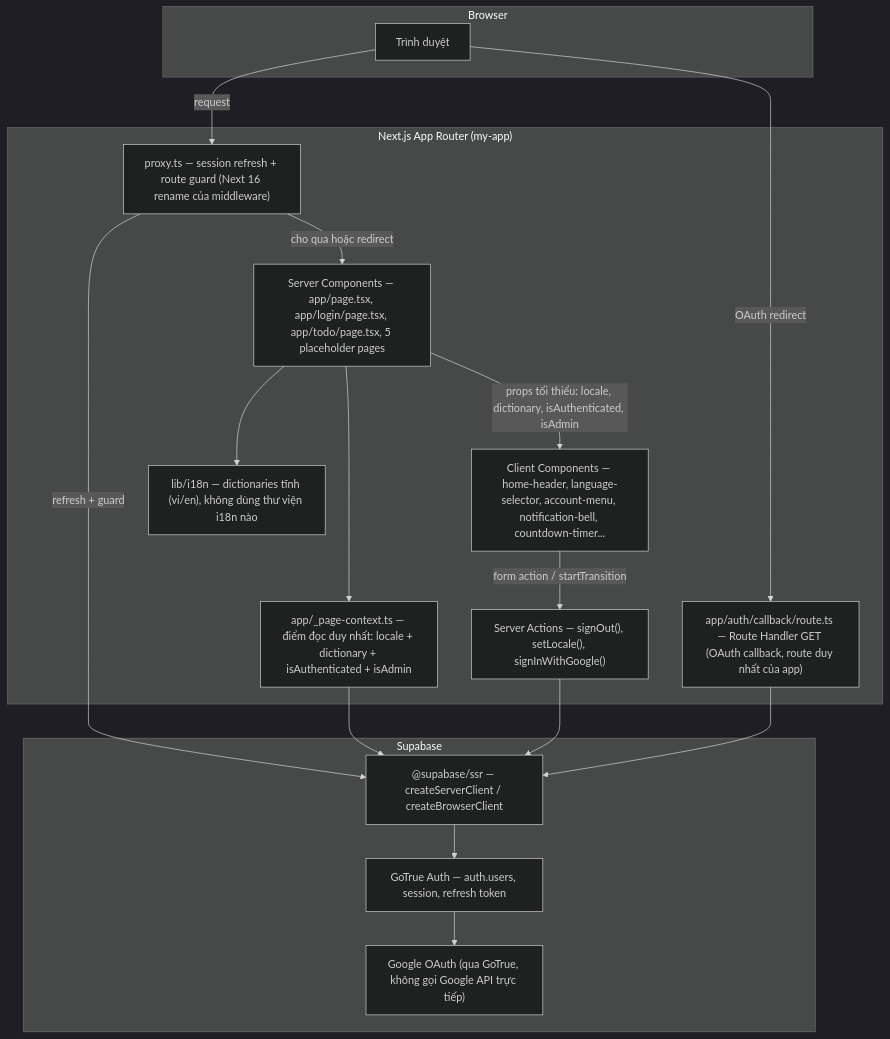
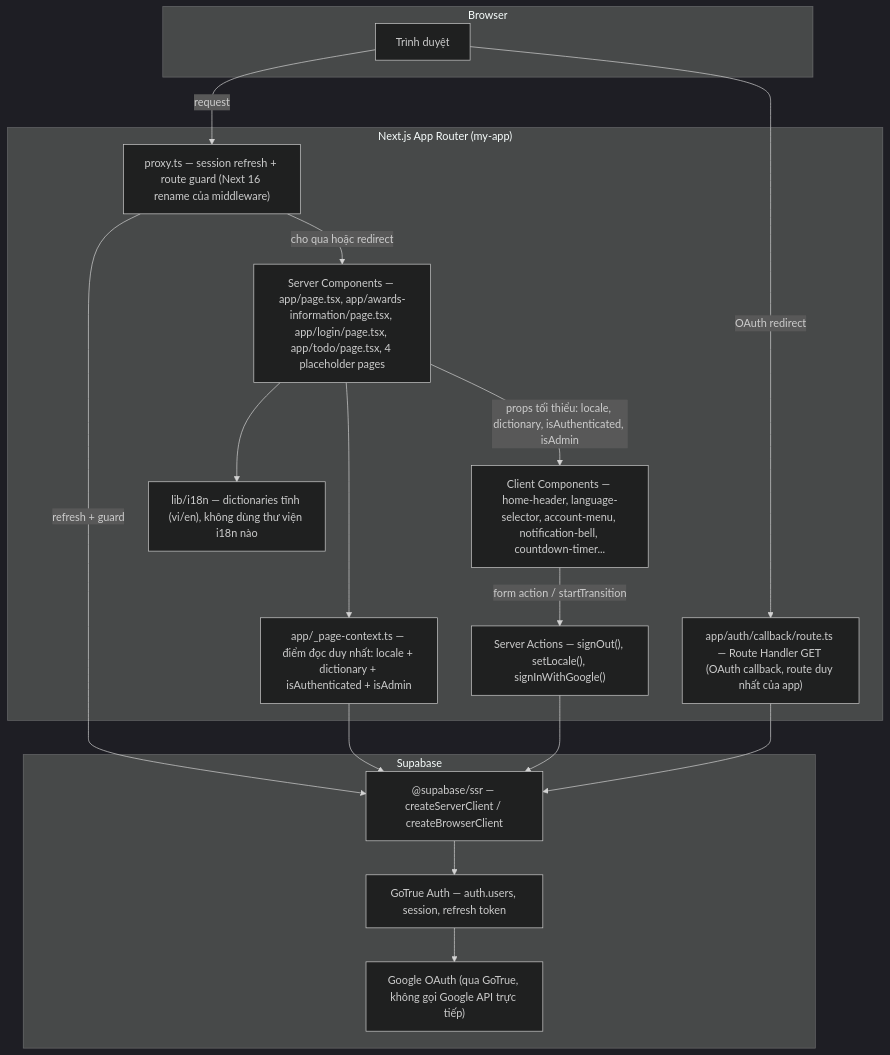
The first of 2 diagrams in docs/system/architecture.md (dungnv-2032/agentic-coding-hands-on), drawn with Mermaid (dark theme) before and after one commit. The commit also changed 23 other files, not shown here.

````diff
--- a/docs/system/architecture.md
+++ b/docs/system/architecture.md
@@ -11,34 +11,34 @@
 ```mermaid
 graph TB
     subgraph Browser
         BR[Trình duyệt]
     end
     subgraph "Next.js App Router (my-app)"
         PX["proxy.ts — session refresh + route guard (Next 16 rename của middleware)"]
         PC["app/_page-context.ts — điểm đọc duy nhất: locale + dictionary + isAuthenticated + isAdmin"]
-        SC["Server Components — app/page.tsx, app/login/page.tsx, app/todo/page.tsx, 5 placeholder pages"]
+        SC["Server Components — app/page.tsx, app/awards-information/page.tsx, app/login/page.tsx, app/todo/page.tsx, 4 placeholder pages"]
         SA["Server Actions — signOut(), setLocale(), signInWithGoogle()"]
         CB["app/auth/callback/route.ts — Route Handler GET (OAuth callback, route duy nhất của app)"]
         CC["Client Components — home-header, language-selector, account-menu, notification-bell, countdown-timer..."]
         DICT["lib/i18n — dictionaries tĩnh (vi/en), không dùng thư viện i18n nào"]
     end
     subgraph Supabase
         SSR["@supabase/ssr — createServerClient / createBrowserClient"]
         AUTH["GoTrue Auth — auth.users, session, refresh token"]
         GOOGLE["Google OAuth (qua GoTrue, không gọi Google API trực tiếp)"]
     end
 
     BR -->|request| PX
     PX -->|refresh + guard| SSR
     PX -->|cho qua hoặc redirect| SC
     SC --> PC
     PC --> SSR
     SC --> DICT
     SC -->|props tối thiểu: locale, dictionary, isAuthenticated, isAdmin| CC
     CC -->|form action / startTransition| SA
     SA --> SSR
     SSR --> AUTH
     AUTH --> GOOGLE
     BR -->|OAuth redirect| CB
     CB --> SSR
 ```
````
